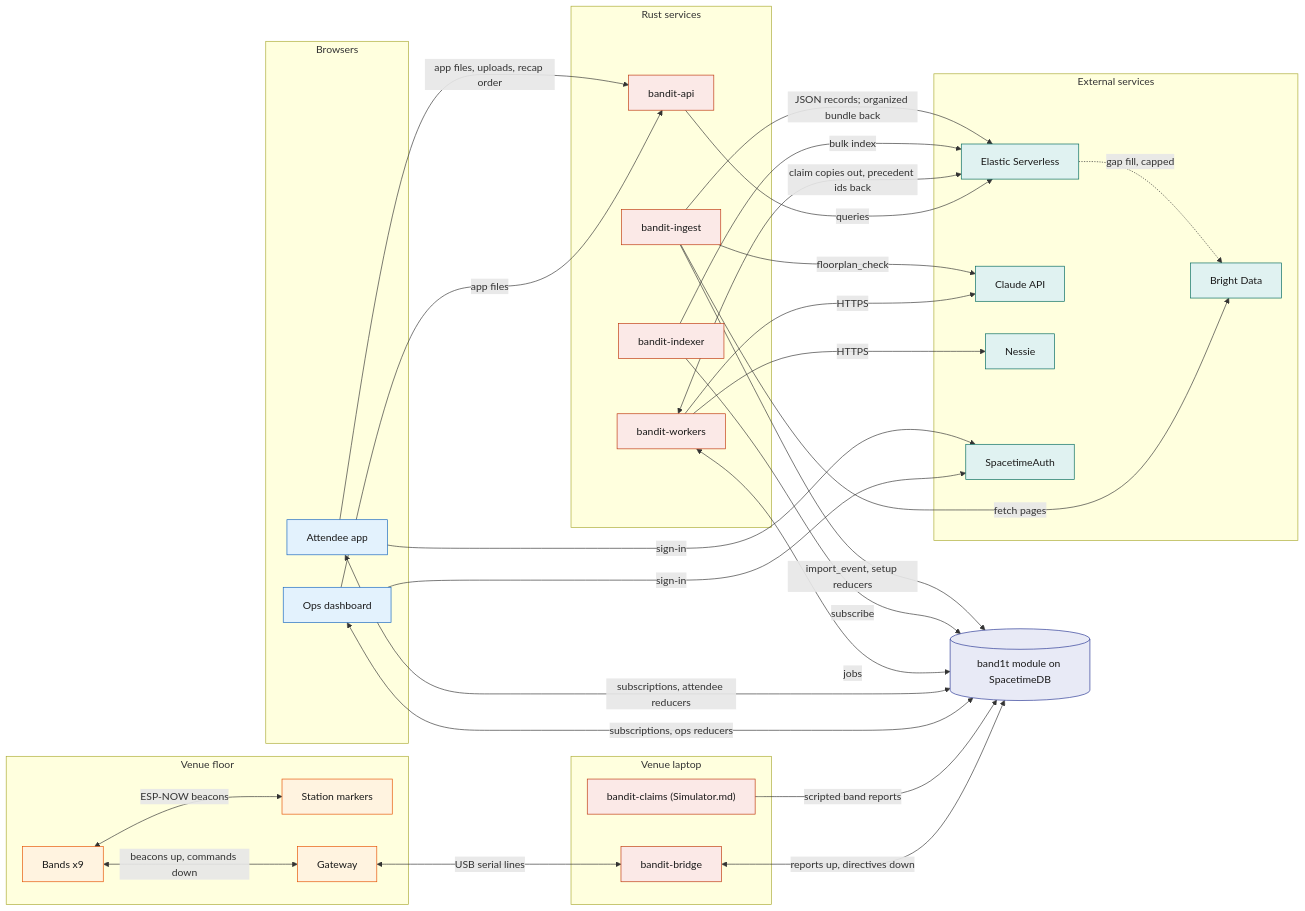
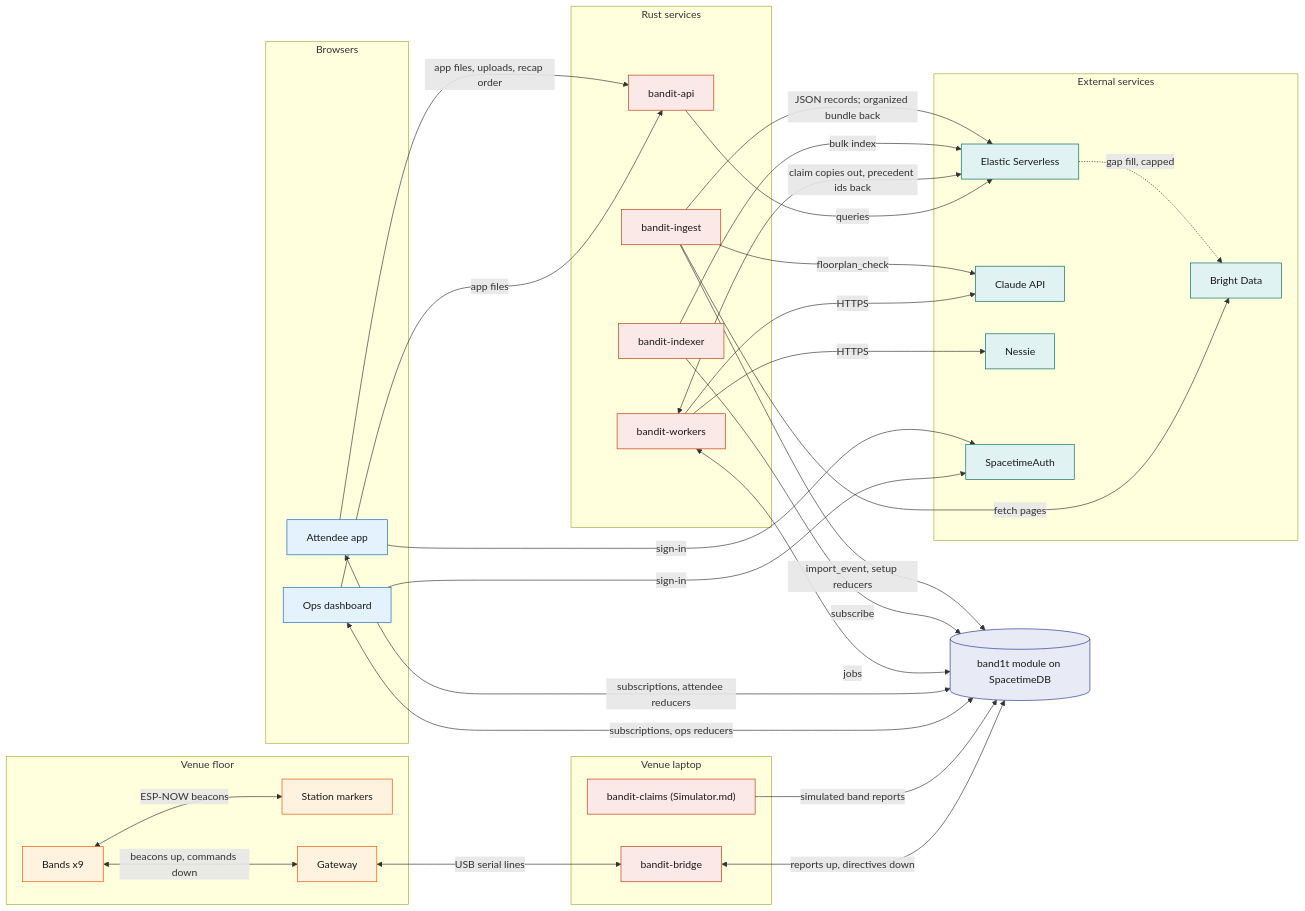
The second of 5 diagrams in System Design/1-overview/Architecture.md (viktorinkov/cal-hacks-13), drawn with Mermaid before and after one commit. The commit also changed other lines of this file and 19 other files, not shown here.

````diff
--- a/System Design/1-overview/Architecture.md
+++ b/System Design/1-overview/Architecture.md
@@ -95,65 +95,65 @@
 ```mermaid
 flowchart LR
   subgraph Venue["Venue floor"]
     Bands["Bands x9"]
     Stations["Station markers"]
     Gateway["Gateway"]
   end
   subgraph Laptop["Venue laptop"]
     Bridge["bandit-bridge"]
     Sim["bandit-claims (Simulator.md)"]
   end
   STDB[("band1t module on SpacetimeDB")]
   subgraph Apps["Browsers"]
     Ops["Ops dashboard"]
     App["Attendee app"]
   end
   subgraph Services["Rust services"]
     API["bandit-api"]
     Workers["bandit-workers"]
     Indexer["bandit-indexer"]
     Ingest["bandit-ingest"]
   end
   subgraph SaaS["External services"]
     Elastic["Elastic Serverless"]
     Claude["Claude API"]
     Nessie["Nessie"]
     Bright["Bright Data"]
     Auth["SpacetimeAuth"]
   end
 
   Bands <-->|"ESP-NOW beacons"| Stations
   Bands <-->|"beacons up, commands down"| Gateway
   Gateway <-->|"USB serial lines"| Bridge
   Bridge <-->|"reports up, directives down"| STDB
-  Sim -->|"scripted band reports"| STDB
+  Sim -->|"simulated band reports"| STDB
   Ops <-->|"subscriptions, ops reducers"| STDB
   App <-->|"subscriptions, attendee reducers"| STDB
   Ops -->|"app files"| API
   App -->|"app files, uploads, recap order"| API
   Ops -->|"sign-in"| Auth
   App -->|"sign-in"| Auth
   API -->|"queries"| Elastic
   Workers <-->|"jobs"| STDB
   Workers -->|"HTTPS"| Claude
   Workers -->|"HTTPS"| Nessie
   Workers <-->|"claim copies out, precedent ids back"| Elastic
   Indexer -->|"subscribe"| STDB
   Indexer -->|"bulk index"| Elastic
   Ingest -->|"fetch pages"| Bright
   Ingest -->|"floorplan_check"| Claude
   Ingest -->|"JSON records; organized bundle back"| Elastic
   Elastic -.->|"gap fill, capped"| Bright
   Ingest -->|"import_event, setup reducers"| STDB
 
   classDef device fill:#FFF3E0,stroke:#E65100,color:#1A1A1A
   classDef rust fill:#FBE9E7,stroke:#BF360C,color:#1A1A1A
   classDef stdb fill:#E8EAF6,stroke:#283593,color:#1A1A1A
   classDef web fill:#E3F2FD,stroke:#1565C0,color:#1A1A1A
   classDef ext fill:#E0F2F1,stroke:#00695C,color:#1A1A1A
   class Bands,Stations,Gateway device
   class Bridge,Sim,API,Workers,Indexer,Ingest rust
   class STDB stdb
   class Ops,App web
   class Elastic,Claude,Nessie,Bright,Auth ext
 ```
````
